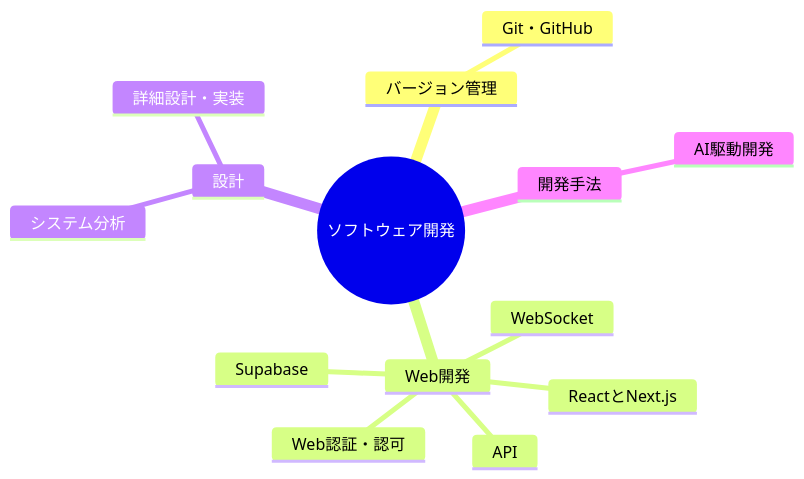
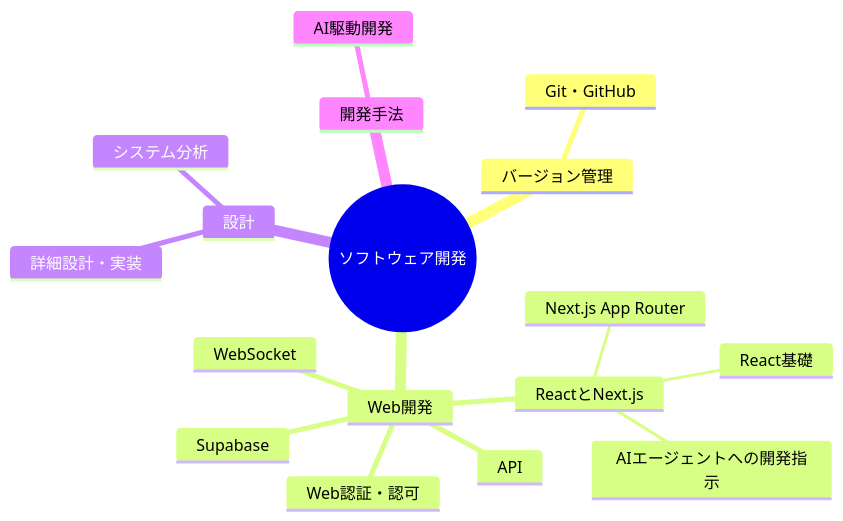
Before and after one commit to 97kuek/obsidian-vault: the diagram in 20_Areas/ソフトウェア開発/【MOC】ソフトウェア開発.md, drawn with Mermaid. The commit also changed other lines of this file and 9 other files, not shown here.

````diff
--- a/20_Areas/ソフトウェア開発/【MOC】ソフトウェア開発.md
+++ b/20_Areas/ソフトウェア開発/【MOC】ソフトウェア開発.md
@@ -16,17 +16,20 @@
 ```mermaid
 mindmap
   root(("ソフトウェア開発"))
     バージョン管理
       Git・GitHub
     Web開発
       ReactとNext.js
+        React基礎
+        Next.js App Router
+        AIエージェントへの開発指示
       API
       WebSocket
       Supabase
       Web認証・認可
     設計
       システム分析
       詳細設計・実装
     開発手法
       AI駆動開発
 ```
````
